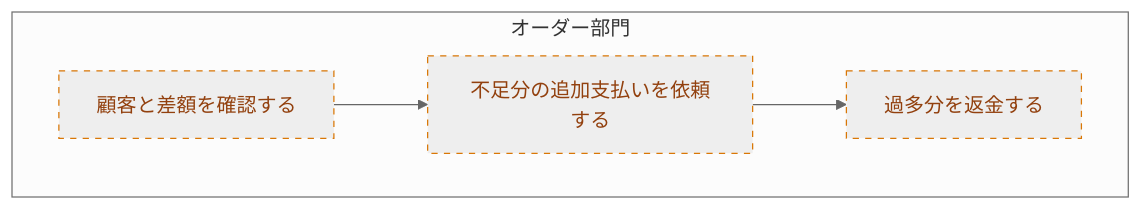
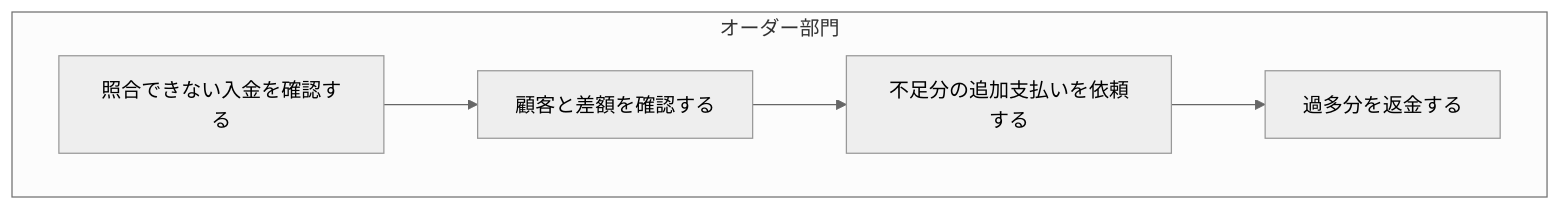
One commit to Nke0628/rdra-webapp changed diagram 11 of 29 in docs/rdra/diagrams.md. Above: the diagram before and after it, drawn with Mermaid (neutral theme). The commit also changed other lines of this file and 8 other files, not shown here.

````diff
--- a/docs/rdra/diagrams.md
+++ b/docs/rdra/diagrams.md
@@ -263,12 +317,13 @@
 ```mermaid
 flowchart TB
   subgraph l1["オーダー部門"]
-    act2["顧客と差額を確認する"]
-    act3["不足分の追加支払いを依頼する"]
-    act4["過多分を返金する"]
+    act2["照合できない入金を確認する"]
+    act3["顧客と差額を確認する"]
+    act4["不足分の追加支払いを依頼する"]
+    act5["過多分を返金する"]
   end
   act2 --> act3
   act3 --> act4
+  act4 --> act5
   classDef hyp stroke-dasharray:5 5,stroke:#d97706,color:#92400e
-  class act2,act3,act4 hyp
 ```
````
